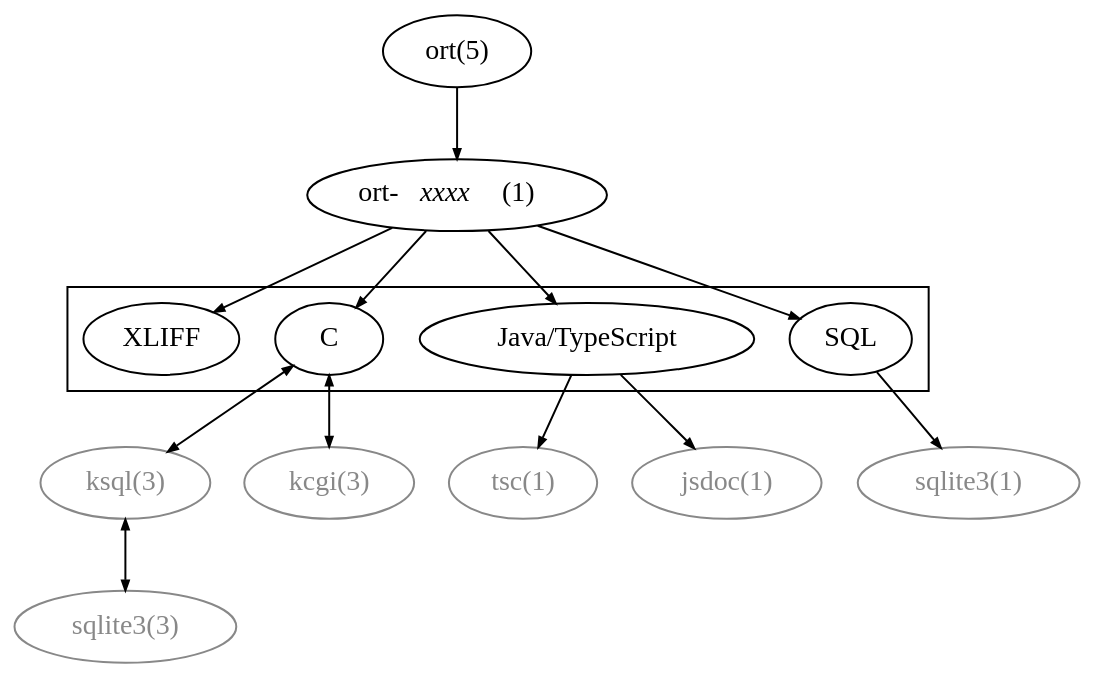
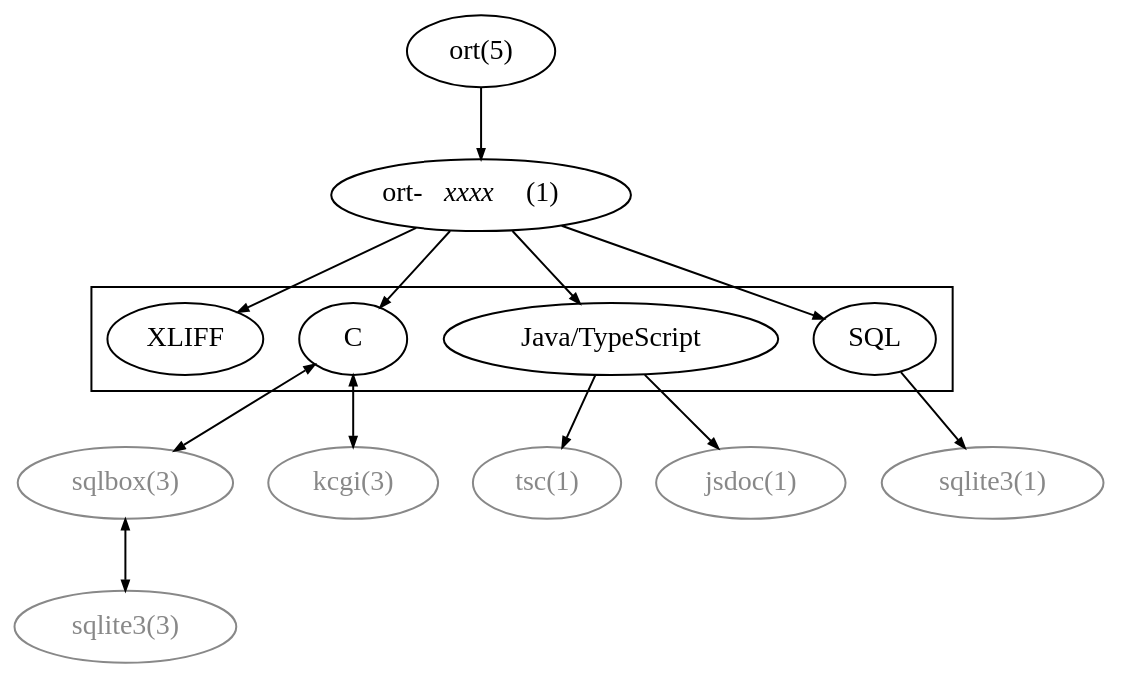
Before and after one commit to kristapsdz/openradtool: the diagram in index.dot, drawn with Graphviz. The commit also changed 4 other files, not shown here.

Commit message:
Change www files to reflect sqlbox dep instead of ksql.

```diff
--- a/index.dot
+++ b/index.dot
@@ -1,43 +1,43 @@
 digraph {
 	edge [arrowsize="0.5";];
 	bgcolor="transparent";
 	splines=false;
 
 	cfg[label="ort(5)"];
 	bin[label=< ort-<I>xxxx</I>&nbsp;&nbsp;(1) >];
 
 	{ rank=same; cfg; }
 	{ rank=same; bin; }
 
 	subgraph cluster0 {
 		{ rank=same; src; js; sql; }
 		src[label="C"];
 		js[label="Java/TypeScript"];
 		sql[label="SQL"];
 		xliff[label="XLIFF"];
 	}
 	cfg -> bin;
 	bin -> src;
 	bin -> js;
 	bin -> sql;
 	bin -> xliff;
 
-	{ rank=same; ksql; kcgi; sqlite1; tsc; jsdoc; }
+	{ rank=same; sqlbox; kcgi; sqlite1; tsc; jsdoc; }
 	{ rank=same; sqlite; }
 
 	sqlite1[label="sqlite3(1)", fontcolor="#888888", color="#888888"];
 	tsc[label="tsc(1)", fontcolor="#888888", color="#888888"];
 	jsdoc[label="jsdoc(1)", fontcolor="#888888", color="#888888"];
 	kcgi[label="kcgi(3)", fontcolor="#888888", color="#888888"];
-	ksql[label="ksql(3)", fontcolor="#888888", color="#888888"];
+	sqlbox[label="sqlbox(3)", fontcolor="#888888", color="#888888"];
 	sqlite[label="sqlite3(3)", fontcolor="#888888", color="#888888"];
 
 	sql -> sqlite1;
 
 	js -> tsc;
 	js -> jsdoc;
 
-	src -> ksql[dir="both"];
+	src -> sqlbox[dir="both"];
 	src -> kcgi[dir="both"];
-	ksql -> sqlite[dir="both"];
+	sqlbox -> sqlite[dir="both"];
 }
```
